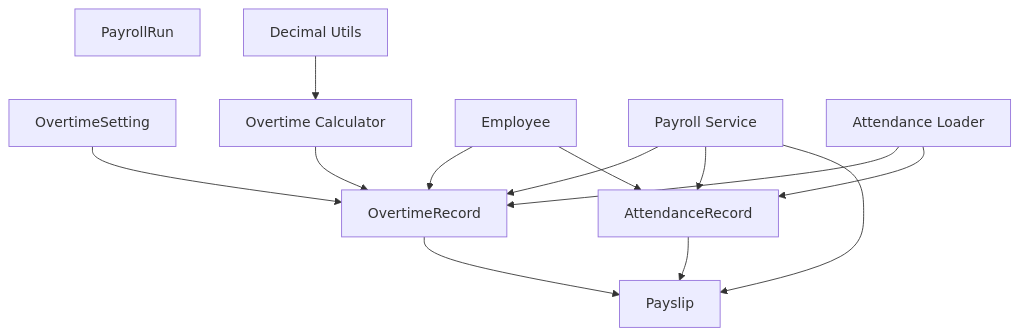
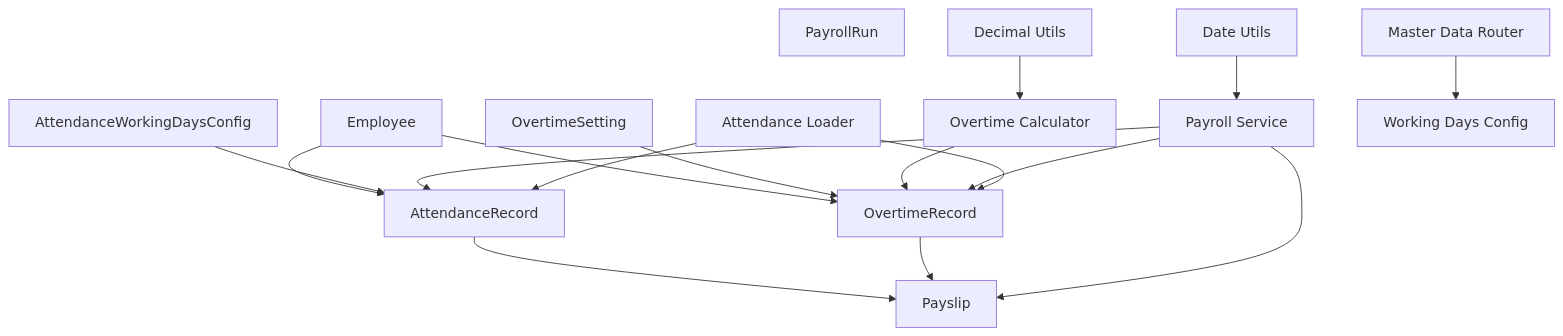
The second of 9 diagrams in .qoder/repowiki/en/content/Attendance & Overtime.md (bikinaplikasipakeqoder-dot/payroll-hris), drawn with Mermaid before and after one commit. The commit also changed other lines of this file and 12 other files, not shown here.

Commit message:
feat: THR company config, prorate calculation from join date, and unified/by-religion payment mode

````diff
--- a/.qoder/repowiki/en/content/Attendance & Overtime.md
+++ b/.qoder/repowiki/en/content/Attendance & Overtime.md
@@ -185,25 +205,32 @@
 ```mermaid
 graph TB
 AttRec["AttendanceRecord"]
 OTRec["OvertimeRecord"]
 OTSet["OvertimeSetting"]
 OTCalc["Overtime Calculator"]
+AWDC["AttendanceWorkingDaysConfig"]
 Emp["Employee"]
 PayRun["PayrollRun"]
 Payslip["Payslip"]
 PayrollSvc["Payroll Service"]
 AttLoader["Attendance Loader"]
 DecimalUtils["Decimal Utils"]
+DateUtils["Date Utils"]
+MasterData["Master Data Router"]
+WDConfig["Working Days Config"]
 Emp --> AttRec
 Emp --> OTRec
 OTSet --> OTRec
 OTCalc --> OTRec
+AWDC --> AttRec
 AttRec --> Payslip
 OTRec --> Payslip
 PayrollSvc --> Payslip
 PayrollSvc --> AttRec
 PayrollSvc --> OTRec
 AttLoader --> AttRec
 AttLoader --> OTRec
 DecimalUtils --> OTCalc
+DateUtils --> PayrollSvc
+MasterData --> WDConfig
 ```
````
